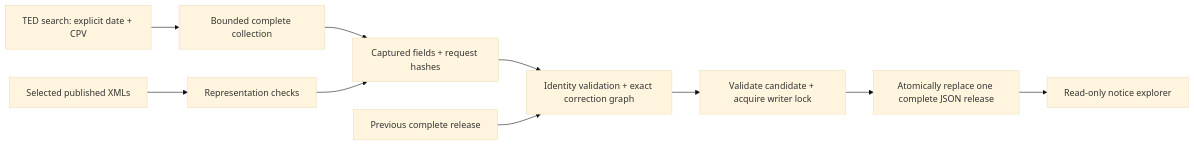
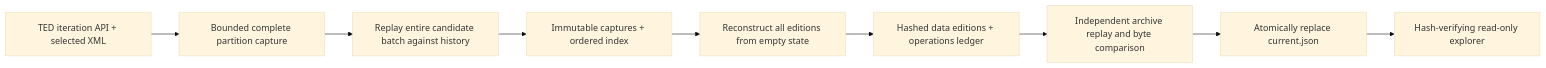
Before and after one commit to VasilenData/noticebridge-data-platform: the diagram in README.md, drawn with Mermaid (base theme). The commit also changed other lines of this file and 2 other files, not shown here.

Commit message:
Explain the public-data problem and verify the exact static package

````diff
--- a/README.md
+++ b/README.md
@@ -64,12 +53,11 @@
 ```mermaid
 flowchart LR
-    API[TED search: explicit date + CPV] --> COLLECT[Bounded complete collection]
-    XML[Selected published XMLs] --> CHECK[Representation checks]
-    COLLECT --> SNAP[Captured fields + request hashes]
-    CHECK --> SNAP
-    SNAP --> BUILD[Identity validation + exact correction graph]
-    OLD[Previous complete release] --> BUILD
-    BUILD --> STAGE[Validate candidate + acquire writer lock]
-    STAGE --> JSON[Atomically replace one complete JSON release]
-    JSON --> UI[Read-only notice explorer]
+    TED[TED iteration API + selected XML] --> COLLECT[Bounded complete partition capture]
+    COLLECT --> CANDIDATE[Replay entire candidate batch against history]
+    CANDIDATE --> ARCHIVE[Immutable captures + ordered index]
+    ARCHIVE --> REPLAY[Reconstruct all editions from empty state]
+    REPLAY --> ASSETS[Hashed data editions + operations ledger]
+    ASSETS --> VERIFY[Independent archive replay and byte comparison]
+    VERIFY --> POINTER[Atomically replace current.json]
+    POINTER --> WEB[Hash-verifying read-only explorer]
 ```
````
